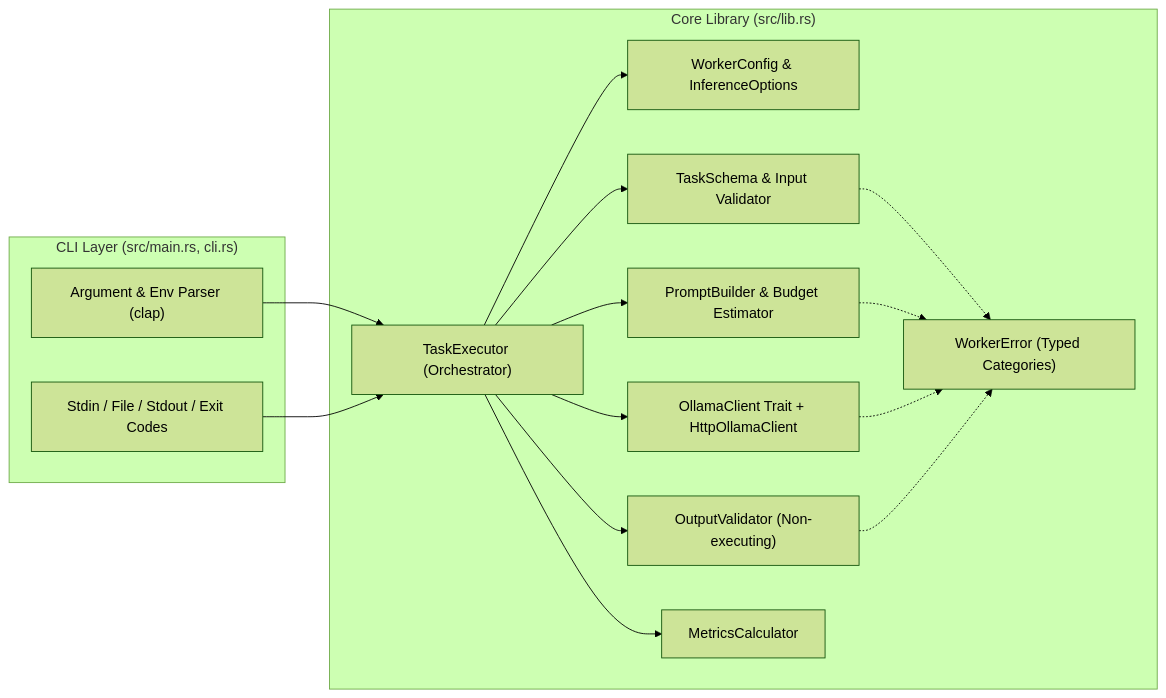
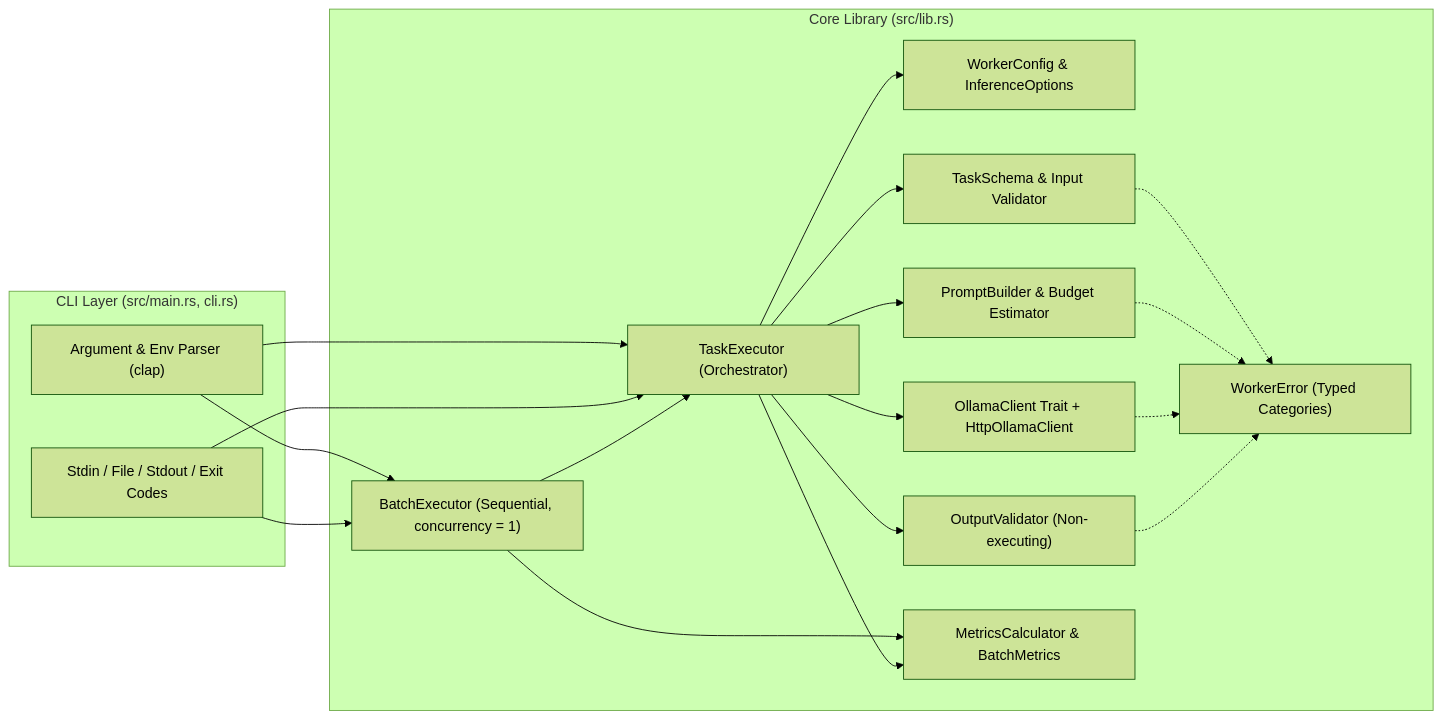
One commit to nauqpm/local-llm-worker changed the second of 4 diagrams in docs/ARCHITECTURE.md. Above: the diagram before and after it, drawn with Mermaid (forest theme). The commit also changed 14 other files, not shown here.

First line of the commit message:
feat: add sequential batch inference support for v0.2.0

````diff
--- a/docs/ARCHITECTURE.md
+++ b/docs/ARCHITECTURE.md
@@ -62,31 +62,36 @@
 ```mermaid
 flowchart LR
     subgraph Bin["CLI Layer (src/main.rs, cli.rs)"]
         Args["Argument & Env Parser (clap)"]
         IO["Stdin / File / Stdout / Exit Codes"]
     end
 
     subgraph Lib["Core Library (src/lib.rs)"]
+        Batch["BatchExecutor (Sequential, concurrency = 1)"]
         Exec["TaskExecutor (Orchestrator)"]
         Config["WorkerConfig & InferenceOptions"]
         Task["TaskSchema & Input Validator"]
         Prompt["PromptBuilder & Budget Estimator"]
         Client["OllamaClient Trait + HttpOllamaClient"]
         Valid["OutputValidator (Non-executing)"]
-        Metrics["MetricsCalculator"]
+        Metrics["MetricsCalculator & BatchMetrics"]
         Err["WorkerError (Typed Categories)"]
     end
 
     Args --> Exec
+    Args --> Batch
     IO --> Exec
+    IO --> Batch
+    Batch --> Exec
+    Batch --> Metrics
     Exec --> Config
     Exec --> Task
     Exec --> Prompt
     Exec --> Client
     Exec --> Valid
     Exec --> Metrics
     Task -.-> Err
     Prompt -.-> Err
     Client -.-> Err
     Valid -.-> Err
 ```
````
